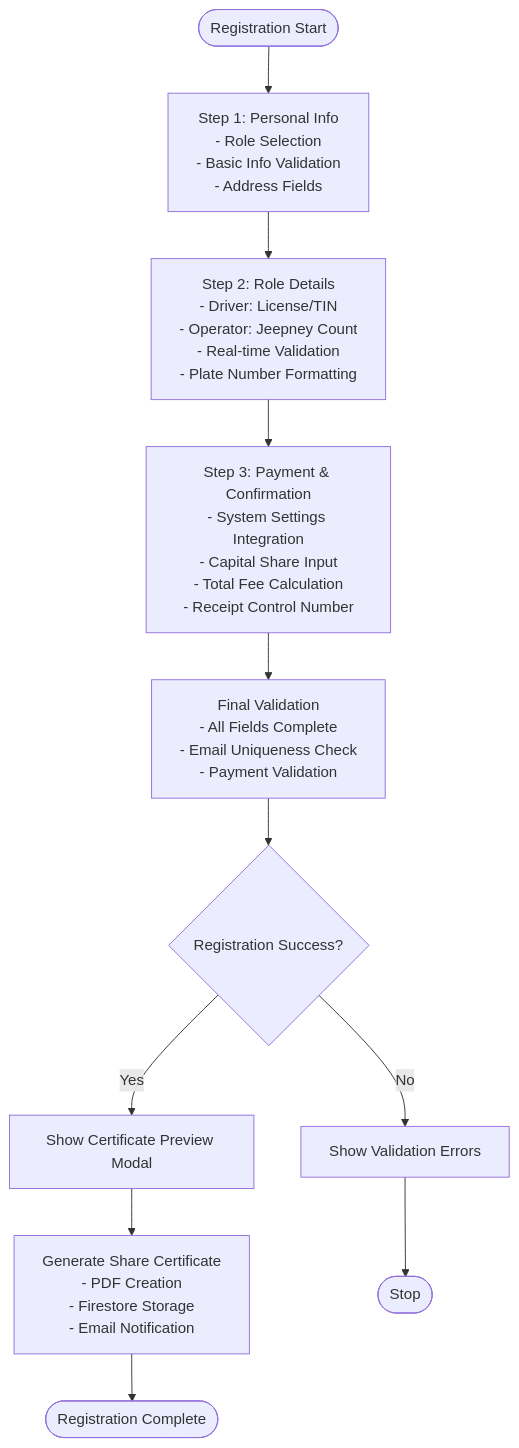
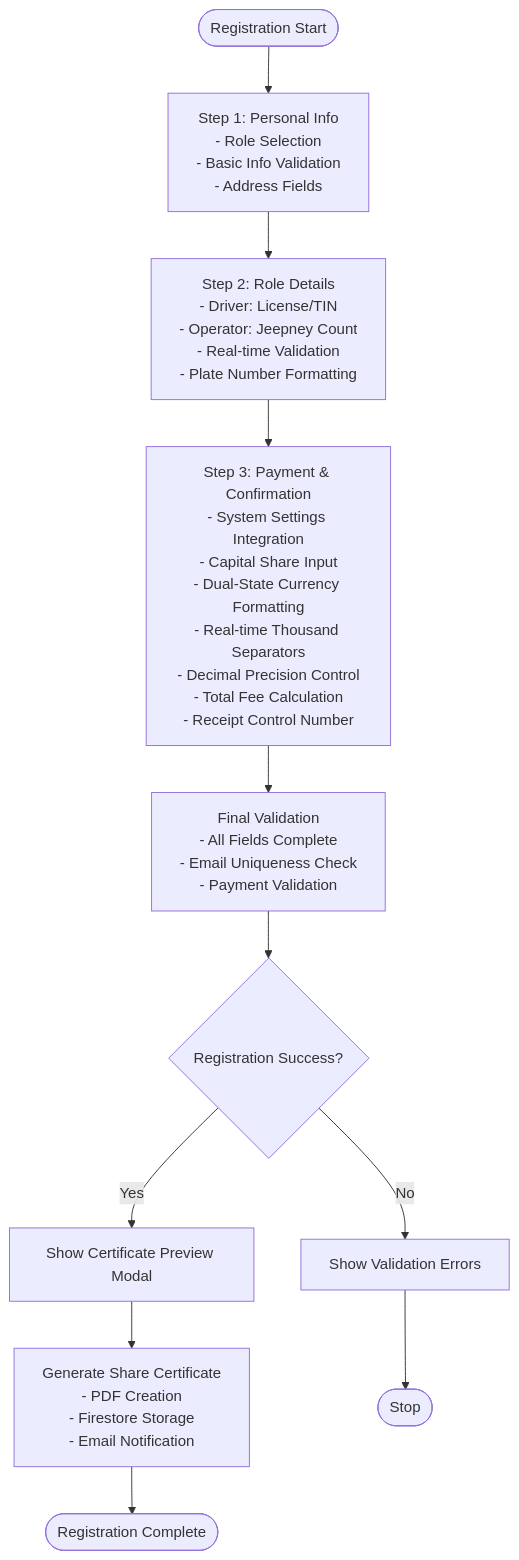
One commit to Unsure-bry/sampacoop_system changed the third of 6 diagrams in .qoder/repowiki/en/content/Member Management System/Member Registration Workflow.md. Above: the diagram before and after it, drawn with Mermaid. The commit also changed other lines of this file and 3 other files, not shown here.

````diff
--- a/.qoder/repowiki/en/content/Member Management System/Member Registration Workflow.md
+++ b/.qoder/repowiki/en/content/Member Management System/Member Registration Workflow.md
@@ -245,13 +244,13 @@
 ```mermaid
 flowchart TD
 Start(["Registration Start"]) --> Step1["Step 1: Personal Info<br/>- Role Selection<br/>- Basic Info Validation<br/>- Address Fields"]
 Step1 --> Step2["Step 2: Role Details<br/>- Driver: License/TIN<br/>- Operator: Jeepney Count<br/>- Real-time Validation<br/>- Plate Number Formatting"]
-Step2 --> Step3["Step 3: Payment & Confirmation<br/>- System Settings Integration<br/>- Capital Share Input<br/>- Total Fee Calculation<br/>- Receipt Control Number"]
+Step2 --> Step3["Step 3: Payment & Confirmation<br/>- System Settings Integration<br/>- Capital Share Input<br/>- Dual-State Currency Formatting<br/>- Real-time Thousand Separators<br/>- Decimal Precision Control<br/>- Total Fee Calculation<br/>- Receipt Control Number"]
 Step3 --> Validate["Final Validation<br/>- All Fields Complete<br/>- Email Uniqueness Check<br/>- Payment Validation"]
 Validate --> Success{"Registration Success?"}
 Success --> |Yes| CertificatePreview["Show Certificate Preview Modal"]
 Success --> |No| ShowErrors["Show Validation Errors"]
 CertificatePreview --> GenerateCert["Generate Share Certificate<br/>- PDF Creation<br/>- Firestore Storage<br/>- Email Notification"]
 GenerateCert --> Complete(["Registration Complete"])
 ShowErrors --> End(["Stop"])
 ```
````
